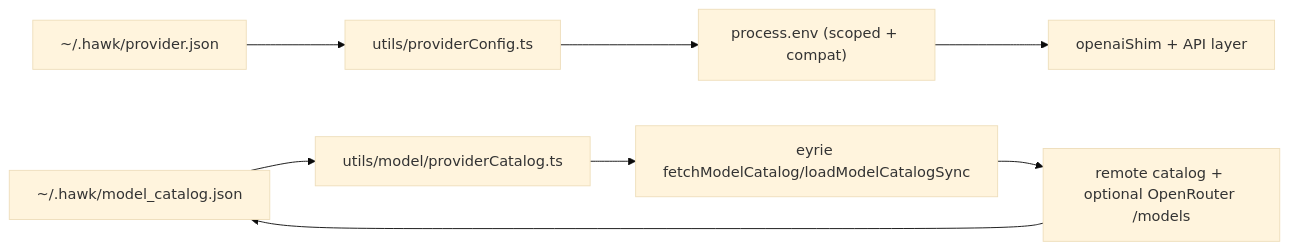
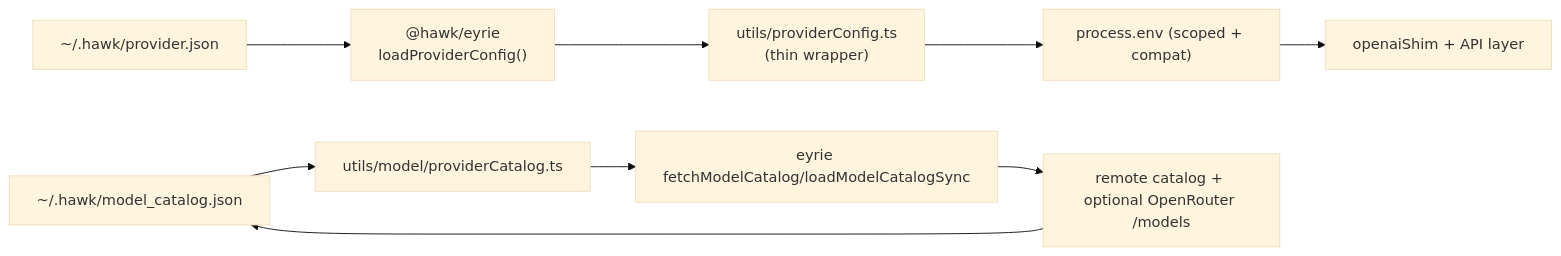
Before and after one commit to GrayCodeAI/hawk: the third of 4 diagrams in COMPONENTS.md, drawn with Mermaid (base theme). The commit also changed other lines of this file, not shown here.

First line of the commit message:
docs: update COMPONENTS.md for provider config delegation

````diff
--- a/COMPONENTS.md
+++ b/COMPONENTS.md
@@ -35,11 +35,12 @@
 ```mermaid
 flowchart LR
-  HOME["~/.hawk/provider.json"] --> PCFG["utils/providerConfig.ts"]
+  HOME["~/.hawk/provider.json"] --> EYR["@hawk/eyrie<br/>loadProviderConfig()"]
+  EYR --> PCFG["utils/providerConfig.ts<br/>(thin wrapper)"]
   PCFG --> ENV["process.env (scoped + compat)"]
   ENV --> RUNTIME["openaiShim + API layer"]
 
   CACHE["~/.hawk/model_catalog.json"] --> CAT["utils/model/providerCatalog.ts"]
   CAT --> E["eyrie fetchModelCatalog/loadModelCatalogSync"]
   E --> REMOTE["remote catalog + optional OpenRouter /models"]
   REMOTE --> CACHE
 ```
````
